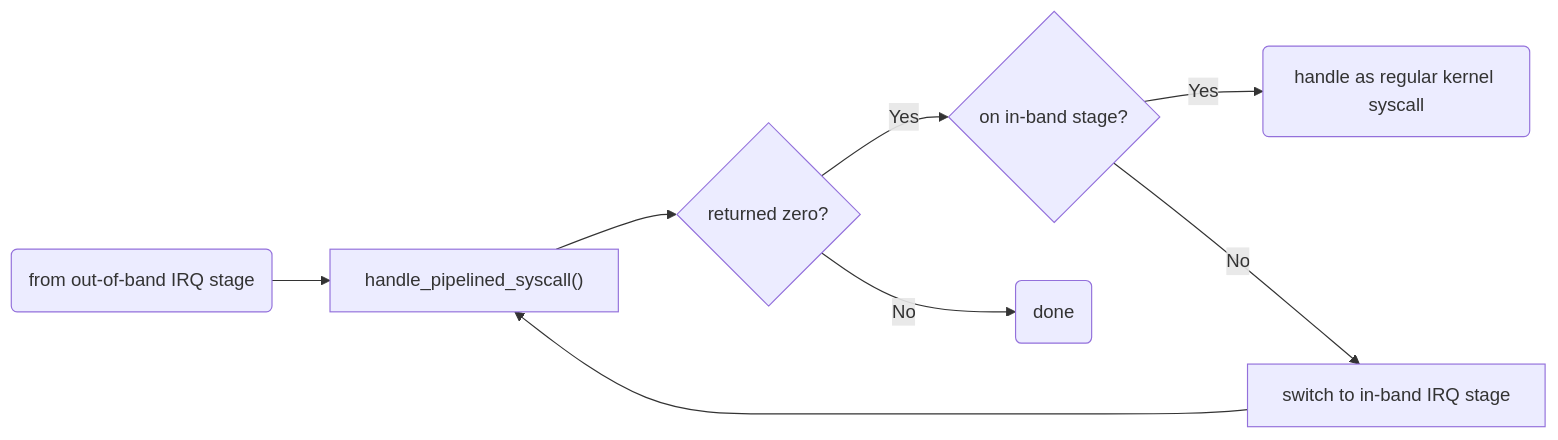
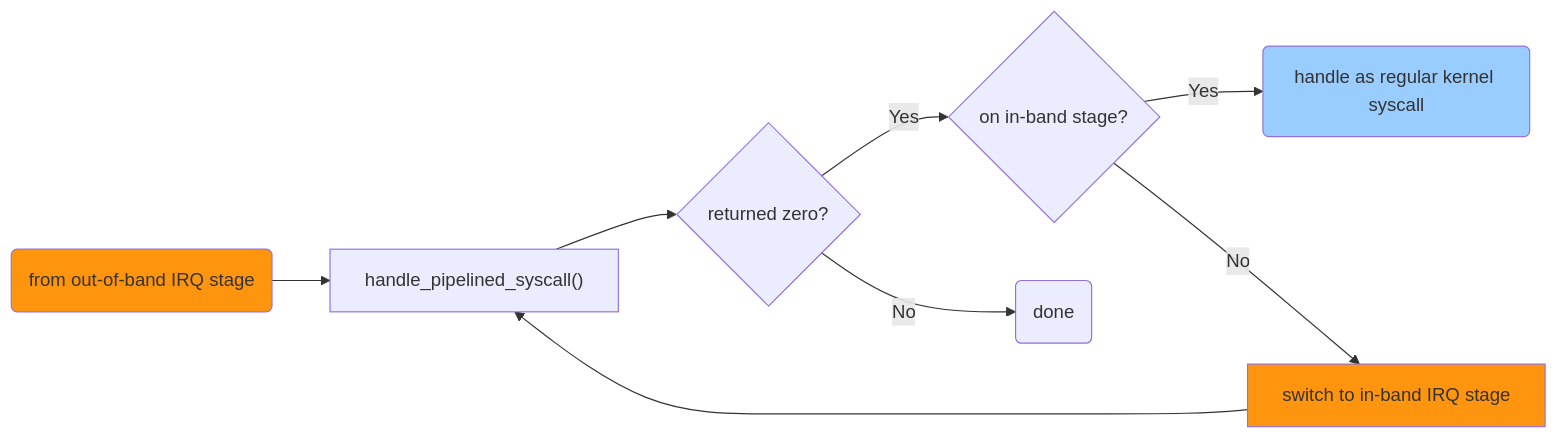
One commit to The-going/evlproject changed the fourth of 4 diagrams in content/dovetail/altsched/_index.md. Above: the diagram before and after it, drawn with Mermaid. The commit also changed other lines of this file and 4 other files, not shown here.

```diff
--- a/content/dovetail/altsched/_index.md
+++ b/content/dovetail/altsched/_index.md
@@ -473,10 +496,13 @@
 {{<mermaid align="left">}}
 graph LR;
     S("from out-of-band IRQ stage") --> A
+    style S fill:#ff950e;
     A["handle_pipelined_syscall()"] --> B{returned zero?}
     B -->|Yes| C{on in-band stage?}
     B -->|No| R(done)
     C -->|Yes| Q(handle as regular kernel syscall)
+    style Q fill:#99ccff;
     C -->|No| P[switch to in-band IRQ stage]
+    style P fill:#ff950e;
     P --> A
 {{< /mermaid >}}
```
